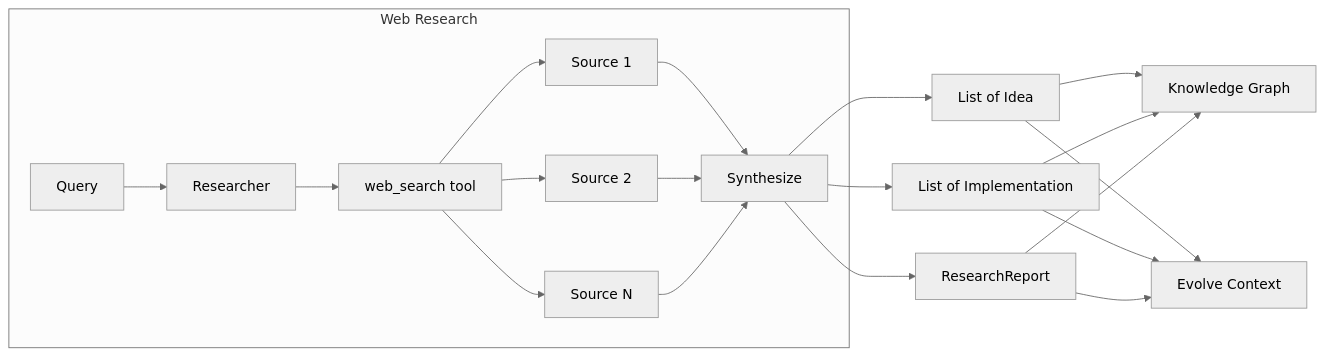
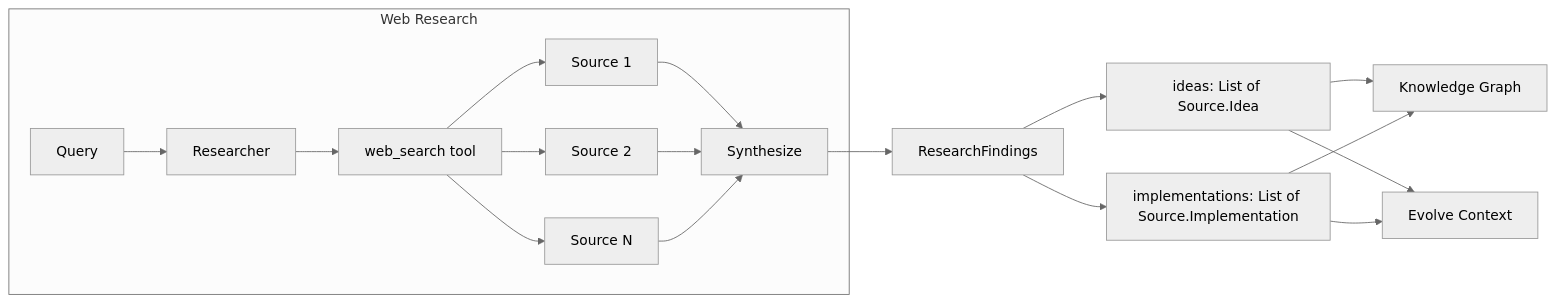
Before and after one commit to Leeroo-AI/kapso: the diagram in docs/research/overview.mdx, drawn with Mermaid (neutral theme). The commit also changed other lines of this file and 18 other files, not shown here.

````diff
--- a/docs/research/overview.mdx
+++ b/docs/research/overview.mdx
@@ -21,18 +17,18 @@
 ```mermaid
 flowchart LR
     subgraph Research["Web Research"]
         Q[Query] --> R[Researcher]
         R --> WS[web_search tool]
         WS --> S1[Source 1]
         WS --> S2[Source 2]
         WS --> S3[Source N]
         S1 & S2 & S3 --> SYN[Synthesize]
     end
     
-    SYN --> I[List of Idea]
-    SYN --> IM[List of Implementation]
-    SYN --> RP[ResearchReport]
+    SYN --> RF[ResearchFindings]
+    RF --> I[ideas: List of Source.Idea]
+    RF --> IM[implementations: List of Source.Implementation]
     
-    I & IM & RP --> KG[Knowledge Graph]
-    I & IM & RP --> CTX[Evolve Context]
+    I & IM --> KG[Knowledge Graph]
+    I & IM --> CTX[Evolve Context]
 ```
````
